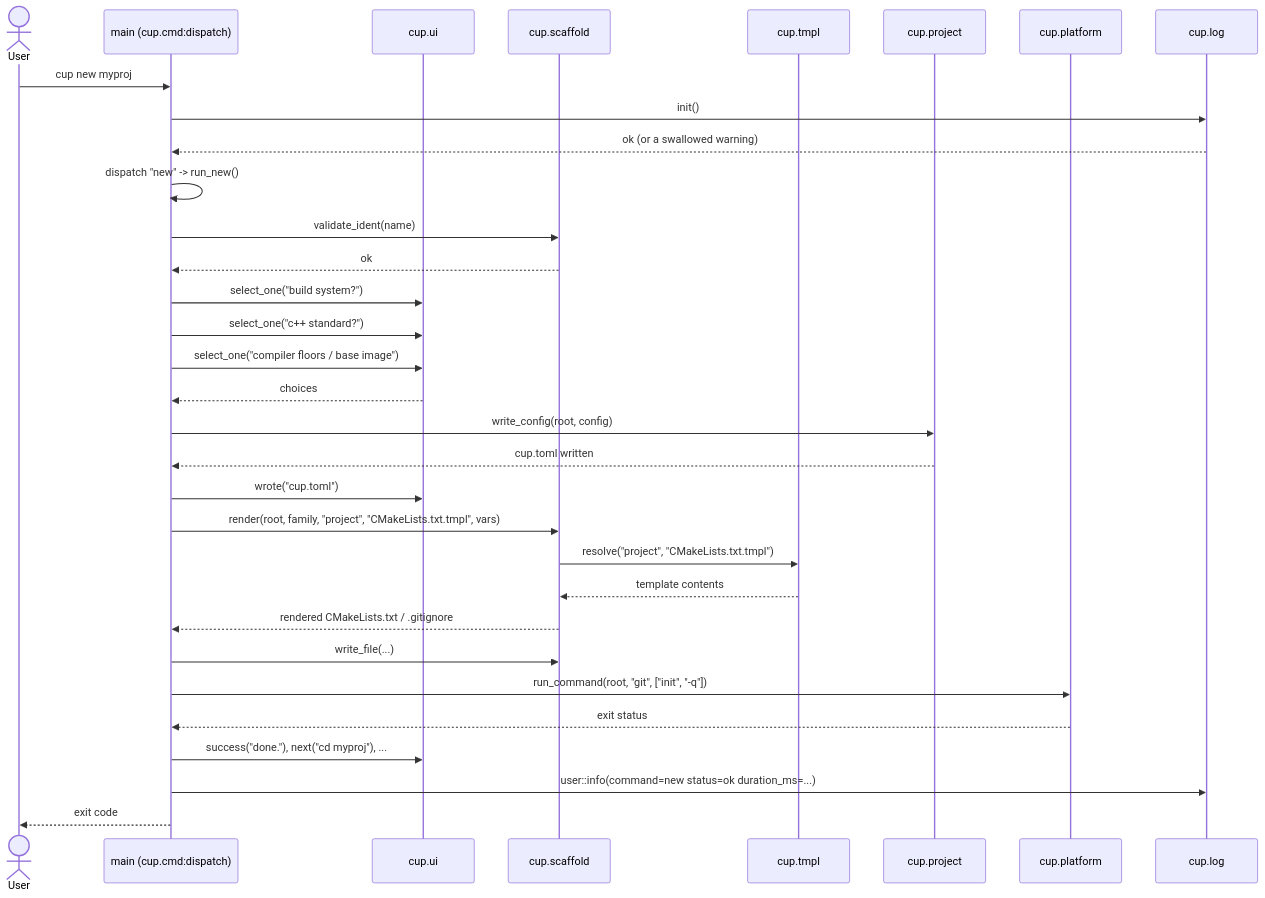
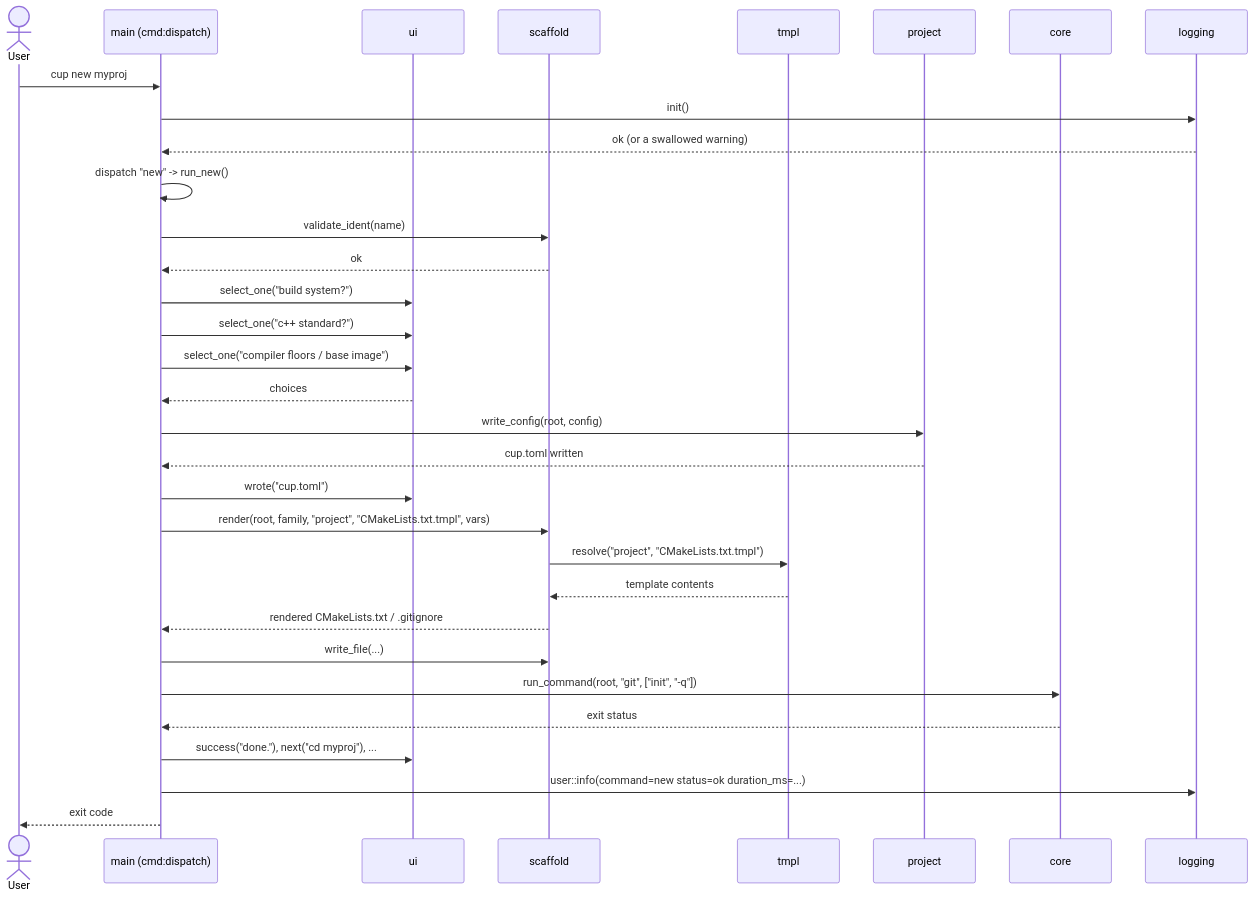
One commit to DrHurel/cup changed the second of 2 diagrams in README.md. Above: the diagram before and after it, drawn with Mermaid. The commit also changed other lines of this file and 243 other files, not shown here.

````diff
--- a/README.md
+++ b/README.md
@@ -246,41 +357,41 @@
 ```mermaid
 sequenceDiagram
     actor User
-    participant main as main (cup.cmd:dispatch)
-    participant ui as cup.ui
-    participant scaffold as cup.scaffold
-    participant tmpl as cup.tmpl
-    participant project as cup.project
-    participant platform as cup.platform
-    participant log as cup.log
+    participant main as main (cmd:dispatch)
+    participant ui as ui
+    participant scaffold as scaffold
+    participant tmpl as tmpl
+    participant project as project
+    participant platform as core
+    participant log as logging
 
     User->>main: cup new myproj
     main->>log: init()
     log-->>main: ok (or a swallowed warning)
     main->>main: dispatch "new" -> run_new()
 
     main->>scaffold: validate_ident(name)
     scaffold-->>main: ok
 
     main->>ui: select_one("build system?")
     main->>ui: select_one("c++ standard?")
     main->>ui: select_one("compiler floors / base image")
     ui-->>main: choices
 
     main->>project: write_config(root, config)
     project-->>main: cup.toml written
     main->>ui: wrote("cup.toml")
 
     main->>scaffold: render(root, family, "project", "CMakeLists.txt.tmpl", vars)
     scaffold->>tmpl: resolve("project", "CMakeLists.txt.tmpl")
     tmpl-->>scaffold: template contents
     scaffold-->>main: rendered CMakeLists.txt / .gitignore
     main->>scaffold: write_file(...)
 
     main->>platform: run_command(root, "git", ["init", "-q"])
     platform-->>main: exit status
     main->>ui: success("done."), next("cd myproj"), ...
 
     main->>log: user::info(command=new status=ok duration_ms=...)
     main-->>User: exit code
 ```
````
